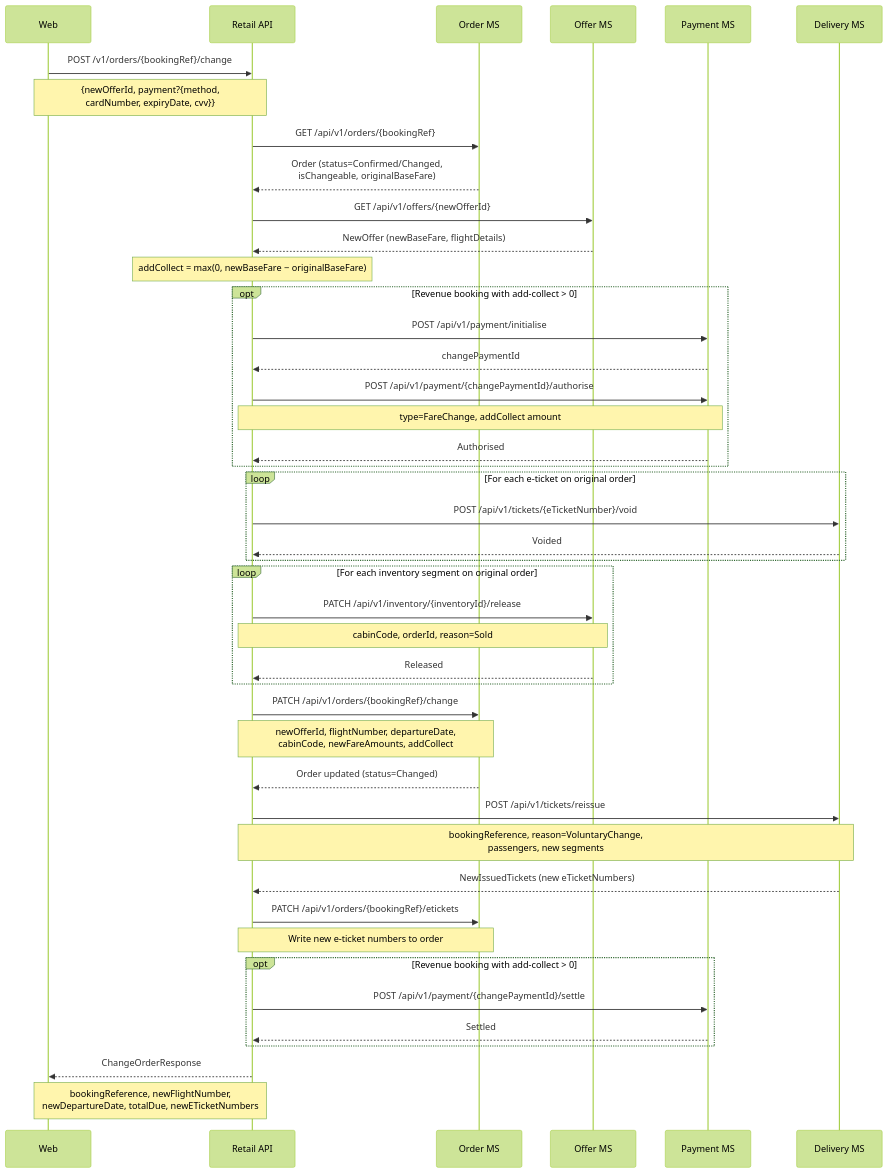
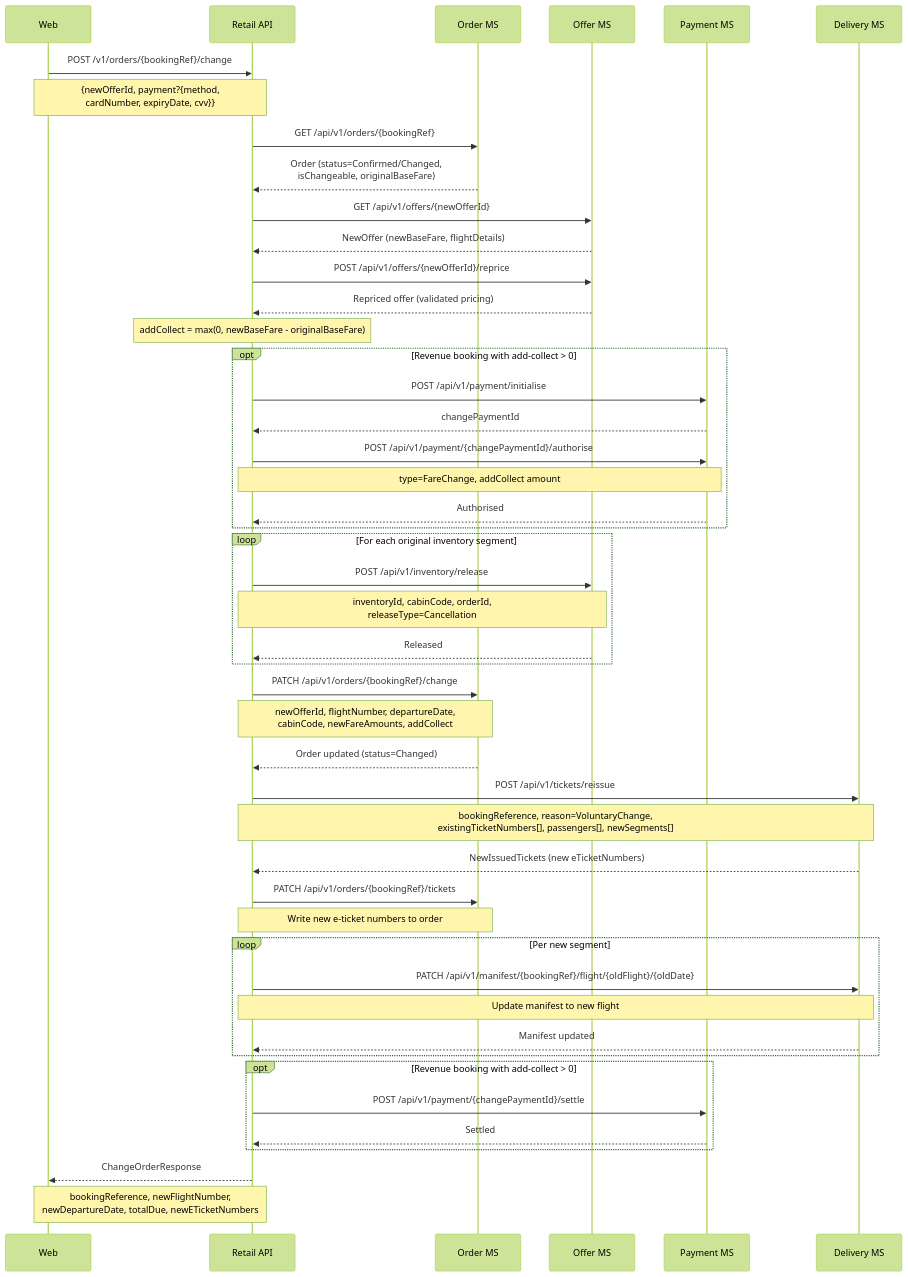
One commit to sebharvey/airline-reservation-system changed the second of 9 diagrams in documentation/sequences/manage-booking.md. Above: the diagram before and after it, drawn with Mermaid (forest theme). The commit also changed other lines of this file and 11 other files, not shown here.

````diff
--- a/documentation/sequences/manage-booking.md
+++ b/documentation/sequences/manage-booking.md
@@ -36,58 +48,62 @@
 ```mermaid
 sequenceDiagram
     participant Web
     participant RetailAPI as Retail API
     participant OrderMS as Order MS
     participant OfferMS as Offer MS
     participant PaymentMS as Payment MS
     participant DeliveryMS as Delivery MS
 
     Web->>RetailAPI: POST /v1/orders/{bookingRef}/change
     Note over Web,RetailAPI: {newOfferId, payment?{method,<br/>cardNumber, expiryDate, cvv}}
 
     RetailAPI->>OrderMS: GET /api/v1/orders/{bookingRef}
     OrderMS-->>RetailAPI: Order (status=Confirmed/Changed,<br/>isChangeable, originalBaseFare)
 
     RetailAPI->>OfferMS: GET /api/v1/offers/{newOfferId}
     OfferMS-->>RetailAPI: NewOffer (newBaseFare, flightDetails)
 
-    Note over RetailAPI: addCollect = max(0, newBaseFare − originalBaseFare)
+    RetailAPI->>OfferMS: POST /api/v1/offers/{newOfferId}/reprice
+    OfferMS-->>RetailAPI: Repriced offer (validated pricing)
+
+    Note over RetailAPI: addCollect = max(0, newBaseFare - originalBaseFare)
 
     opt Revenue booking with add-collect > 0
         RetailAPI->>PaymentMS: POST /api/v1/payment/initialise
         PaymentMS-->>RetailAPI: changePaymentId
         RetailAPI->>PaymentMS: POST /api/v1/payment/{changePaymentId}/authorise
         Note over RetailAPI,PaymentMS: type=FareChange, addCollect amount
         PaymentMS-->>RetailAPI: Authorised
     end
 
-    loop For each e-ticket on original order
-        RetailAPI->>DeliveryMS: POST /api/v1/tickets/{eTicketNumber}/void
-        DeliveryMS-->>RetailAPI: Voided
-    end
-
-    loop For each inventory segment on original order
-        RetailAPI->>OfferMS: PATCH /api/v1/inventory/{inventoryId}/release
-        Note over RetailAPI,OfferMS: cabinCode, orderId, reason=Sold
+    loop For each original inventory segment
+        RetailAPI->>OfferMS: POST /api/v1/inventory/release
+        Note over RetailAPI,OfferMS: inventoryId, cabinCode, orderId,<br/>releaseType=Cancellation
         OfferMS-->>RetailAPI: Released
     end
 
     RetailAPI->>OrderMS: PATCH /api/v1/orders/{bookingRef}/change
     Note over RetailAPI,OrderMS: newOfferId, flightNumber, departureDate,<br/>cabinCode, newFareAmounts, addCollect
     OrderMS-->>RetailAPI: Order updated (status=Changed)
 
     RetailAPI->>DeliveryMS: POST /api/v1/tickets/reissue
-    Note over RetailAPI,DeliveryMS: bookingReference, reason=VoluntaryChange,<br/>passengers, new segments
+    Note over RetailAPI,DeliveryMS: bookingReference, reason=VoluntaryChange,<br/>existingTicketNumbers[], passengers[], newSegments[]
     DeliveryMS-->>RetailAPI: NewIssuedTickets (new eTicketNumbers)
 
-    RetailAPI->>OrderMS: PATCH /api/v1/orders/{bookingRef}/etickets
+    RetailAPI->>OrderMS: PATCH /api/v1/orders/{bookingRef}/tickets
     Note over RetailAPI,OrderMS: Write new e-ticket numbers to order
+
+    loop Per new segment
+        RetailAPI->>DeliveryMS: PATCH /api/v1/manifest/{bookingRef}/flight/{oldFlight}/{oldDate}
+        Note over RetailAPI,DeliveryMS: Update manifest to new flight
+        DeliveryMS-->>RetailAPI: Manifest updated
+    end
 
     opt Revenue booking with add-collect > 0
         RetailAPI->>PaymentMS: POST /api/v1/payment/{changePaymentId}/settle
         PaymentMS-->>RetailAPI: Settled
     end
 
     RetailAPI-->>Web: ChangeOrderResponse
     Note over RetailAPI,Web: bookingReference, newFlightNumber,<br/>newDepartureDate, totalDue, newETicketNumbers
 ```
````
